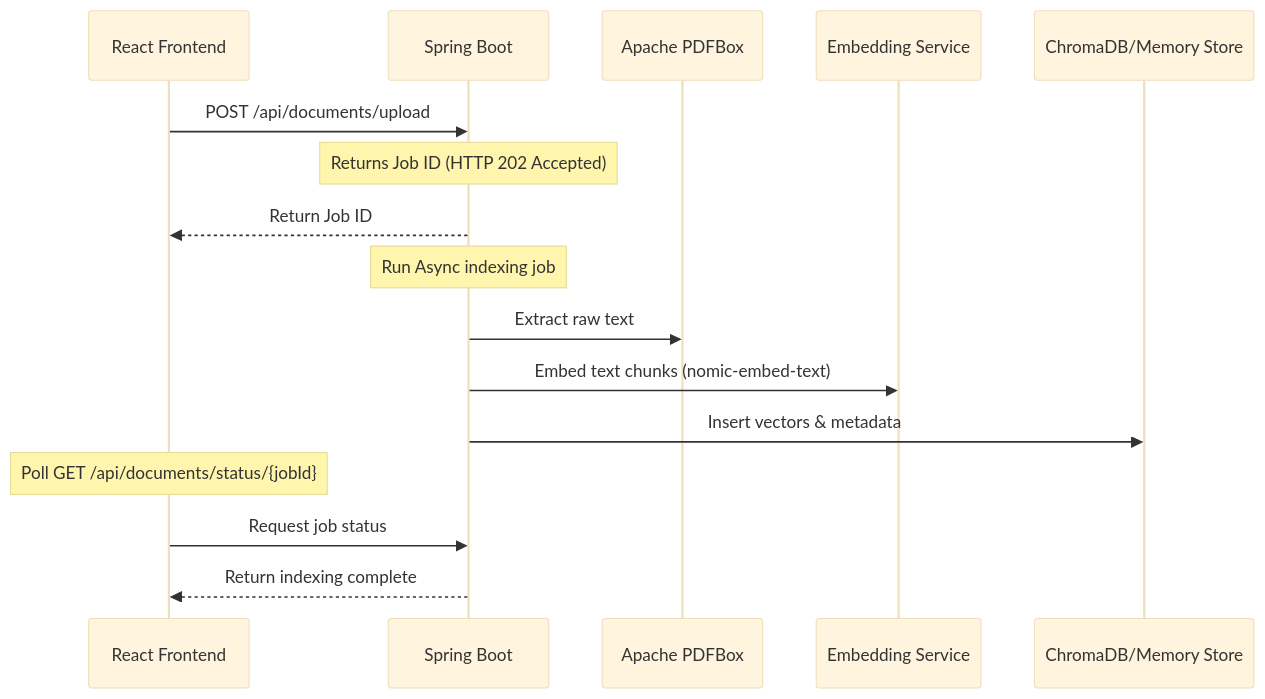
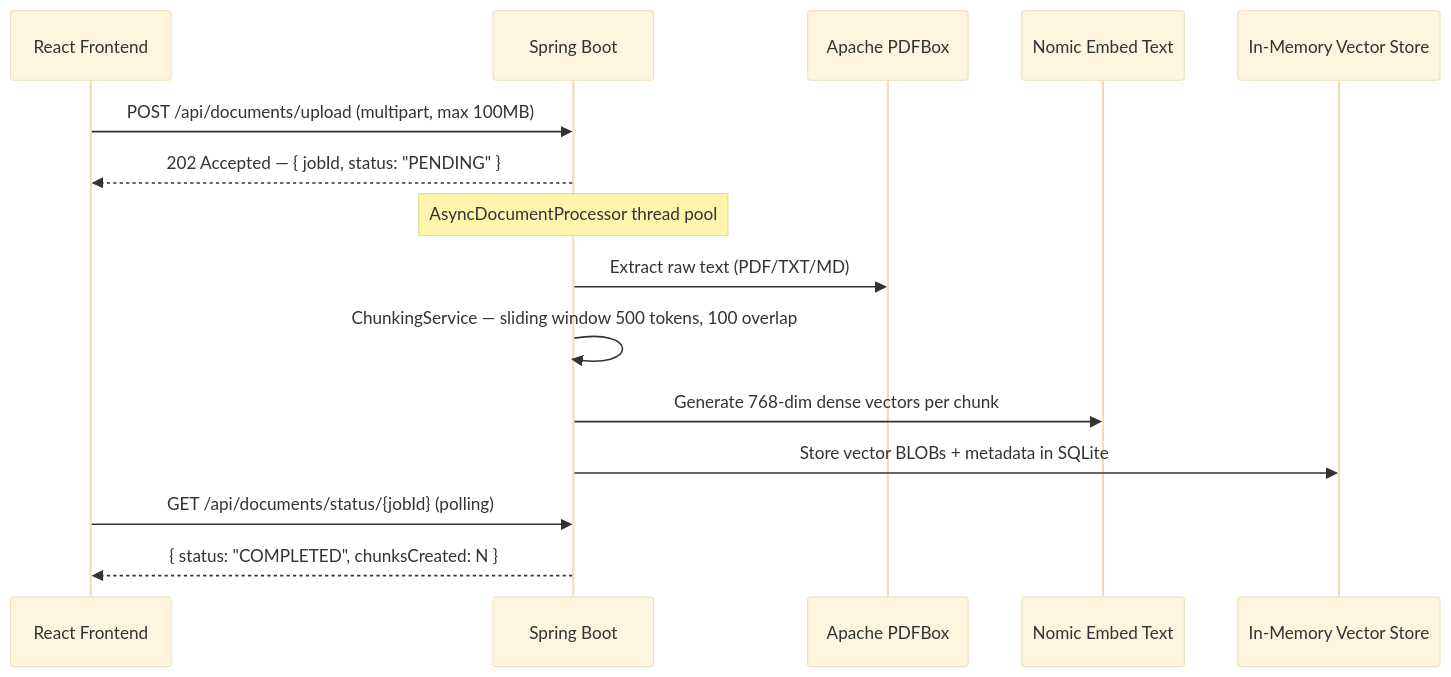
Before and after one commit to Tharun4743/SIH25231: the second of 3 diagrams in README.md, drawn with Mermaid (base theme). The commit also changed other lines of this file, not shown here.

````diff
--- a/README.md
+++ b/README.md
@@ -97,19 +98,18 @@
 ```mermaid
 sequenceDiagram
-    participant User as React Frontend
+    participant UI as React Frontend
     participant Boot as Spring Boot
     participant PDFBox as Apache PDFBox
-    participant Embed as Embedding Service
-    participant Vector as ChromaDB/Memory Store
+    participant Embed as Nomic Embed Text
+    participant Vector as In-Memory Vector Store
 
-    User->>Boot: POST /api/documents/upload
-    Note over Boot: Returns Job ID (HTTP 202 Accepted)
-    Boot-->>User: Return Job ID
-    Note over Boot: Run Async indexing job
-    Boot->>PDFBox: Extract raw text
-    Boot->>Embed: Embed text chunks (nomic-embed-text)
-    Boot->>Vector: Insert vectors & metadata
-    Note over User: Poll GET /api/documents/status/{jobId}
-    User->>Boot: Request job status
-    Boot-->>User: Return indexing complete
+    UI->>Boot: POST /api/documents/upload (multipart, max 100MB)
+    Boot-->>UI: 202 Accepted — { jobId, status: "PENDING" }
+    Note over Boot: AsyncDocumentProcessor thread pool
+    Boot->>PDFBox: Extract raw text (PDF/TXT/MD)
+    Boot->>Boot: ChunkingService — sliding window 500 tokens, 100 overlap
+    Boot->>Embed: Generate 768-dim dense vectors per chunk
+    Boot->>Vector: Store vector BLOBs + metadata in SQLite
+    UI->>Boot: GET /api/documents/status/{jobId} (polling)
+    Boot-->>UI: { status: "COMPLETED", chunksCreated: N }
 ```
````
